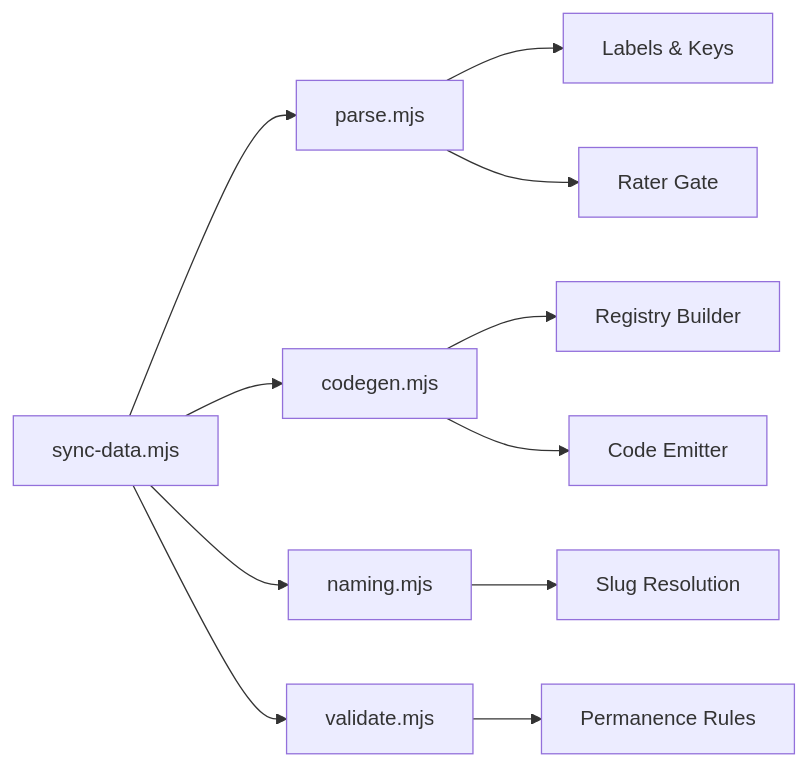
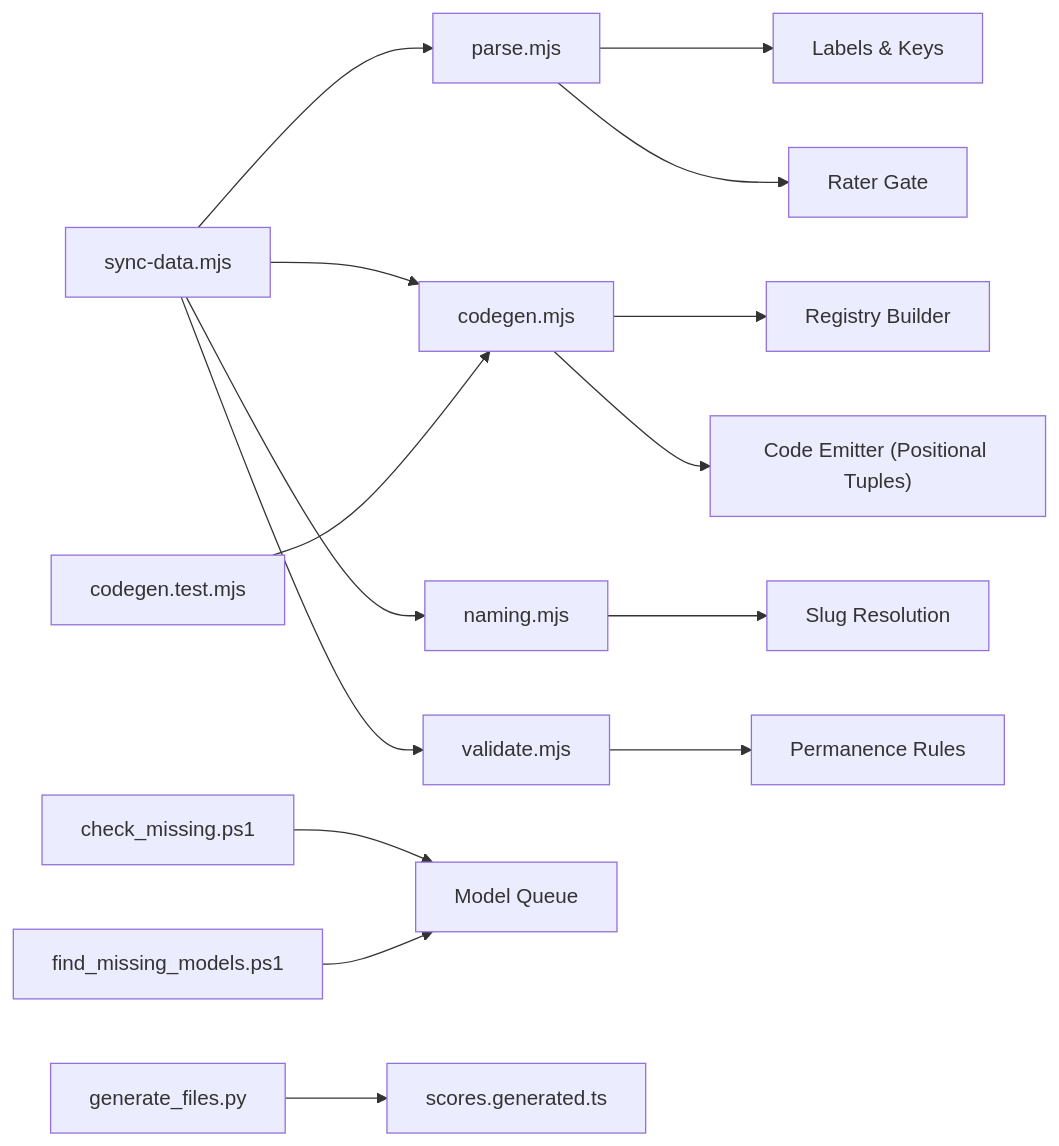
Before and after one commit to delirium-dj/modelcomp: the ninth of 9 diagrams in .qoder/repowiki/en/content/Data Management System/Data Synchronization Pipeline/Data Synchronization Pipeline.md, drawn with Mermaid. The commit also changed other lines of this file and 72 other files, not shown here.

````diff
--- a/.qoder/repowiki/en/content/Data Management System/Data Synchronization Pipeline/Data Synchronization Pipeline.md
+++ b/.qoder/repowiki/en/content/Data Management System/Data Synchronization Pipeline/Data Synchronization Pipeline.md
@@ -346,13 +441,17 @@
 ```mermaid
 graph LR
 SYNC["sync-data.mjs"] --> PARSE["parse.mjs"]
 SYNC --> CODEGEN["codegen.mjs"]
 SYNC --> NAMING["naming.mjs"]
 SYNC --> VALIDATE["validate.mjs"]
 PARSE --> LABELS["Labels & Keys"]
 PARSE --> GATE["Rater Gate"]
 CODEGEN --> REGISTRY["Registry Builder"]
-CODEGEN --> EMIT["Code Emitter"]
+CODEGEN --> EMIT["Code Emitter (Positional Tuples)"]
 NAMING --> SLUGS["Slug Resolution"]
 VALIDATE --> PERM["Permanence Rules"]
+TEST["codegen.test.mjs"] --> CODEGEN
+PS1["check_missing.ps1"] --> QUEUE["Model Queue"]
+PS2["find_missing_models.ps1"] --> QUEUE
+PY["generate_files.py"] --> SCORES["scores.generated.ts"]
 ```
````
